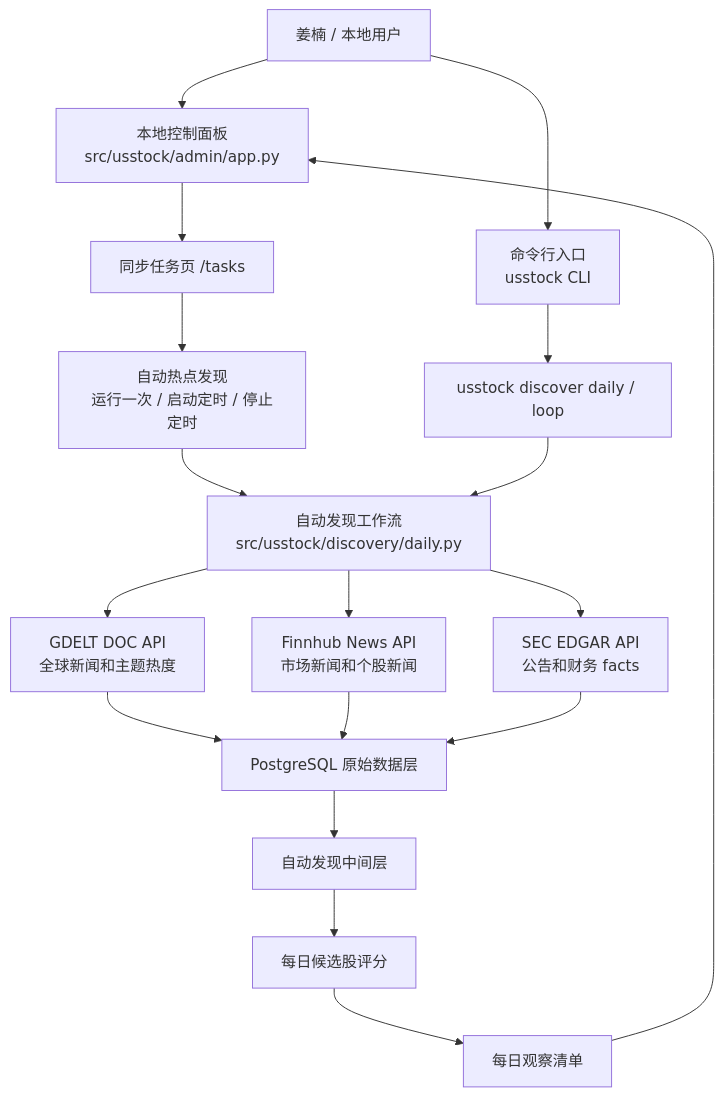
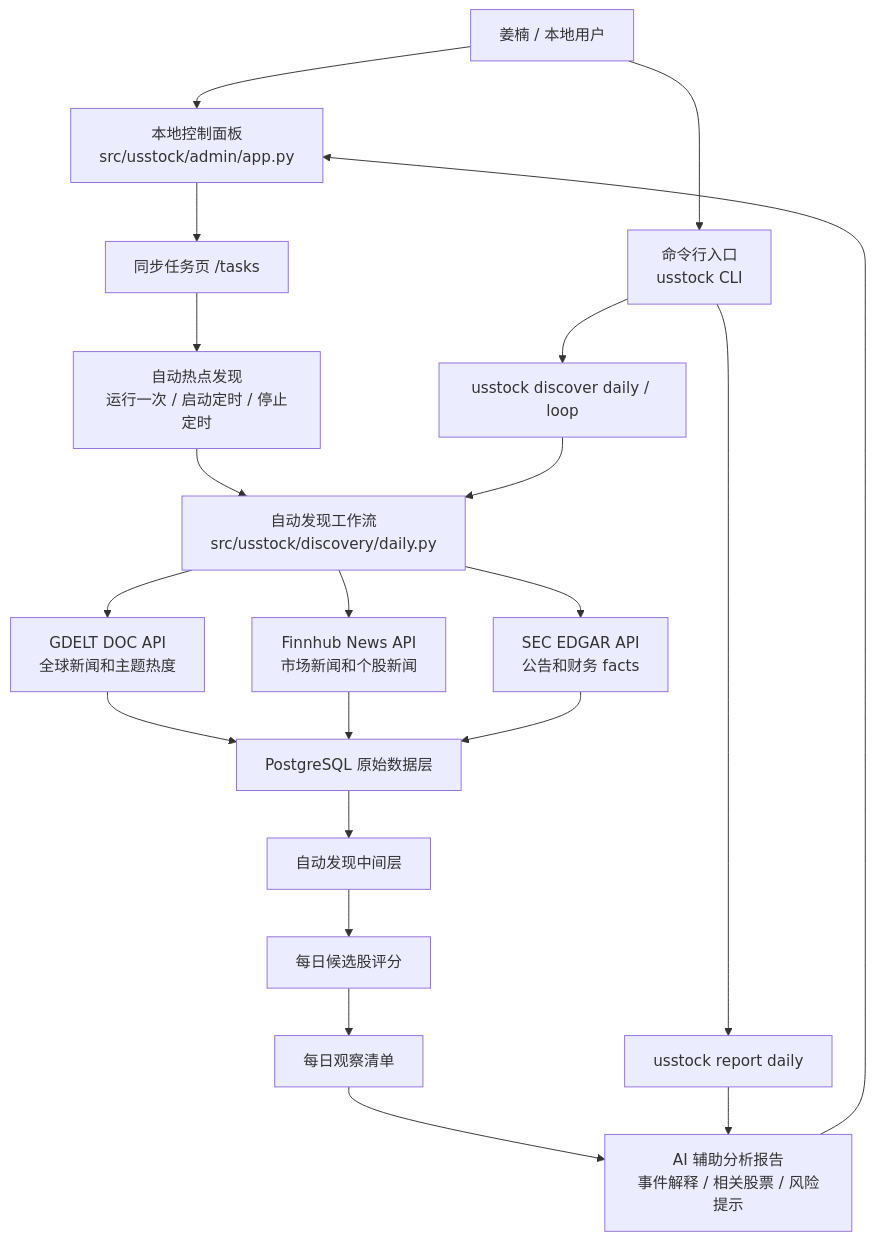
The first of 7 diagrams in 项目鸟瞰图.md (bobofff/usstock), drawn with Mermaid before and after one commit. The commit also changed other lines of this file and 8 other files, not shown here.

````diff
--- a/项目鸟瞰图.md
+++ b/项目鸟瞰图.md
@@ -15,25 +15,28 @@
 ```mermaid
 flowchart TB
     User["姜楠 / 本地用户"] --> Admin["本地控制面板<br/>src/usstock/admin/app.py"]
     User --> CLI["命令行入口<br/>usstock CLI"]
 
     Admin --> Tasks["同步任务页 /tasks"]
     Tasks --> DiscoveryAction["自动热点发现<br/>运行一次 / 启动定时 / 停止定时"]
     CLI --> DiscoveryCLI["usstock discover daily / loop"]
+    CLI --> ReportCLI["usstock report daily"]
 
     DiscoveryAction --> Discovery["自动发现工作流<br/>src/usstock/discovery/daily.py"]
     DiscoveryCLI --> Discovery
 
     Discovery --> GDELT["GDELT DOC API<br/>全球新闻和主题热度"]
     Discovery --> Finnhub["Finnhub News API<br/>市场新闻和个股新闻"]
     Discovery --> SEC["SEC EDGAR API<br/>公告和财务 facts"]
 
     GDELT --> RawDB["PostgreSQL 原始数据层"]
     Finnhub --> RawDB
     SEC --> RawDB
 
     RawDB --> DiscoveryTables["自动发现中间层"]
     DiscoveryTables --> Scores["每日候选股评分"]
     Scores --> Watchlist["每日观察清单"]
-    Watchlist --> Admin
+    Watchlist --> Report["AI 辅助分析报告<br/>事件解释 / 相关股票 / 风险提示"]
+    ReportCLI --> Report
+    Report --> Admin
 ```
````
